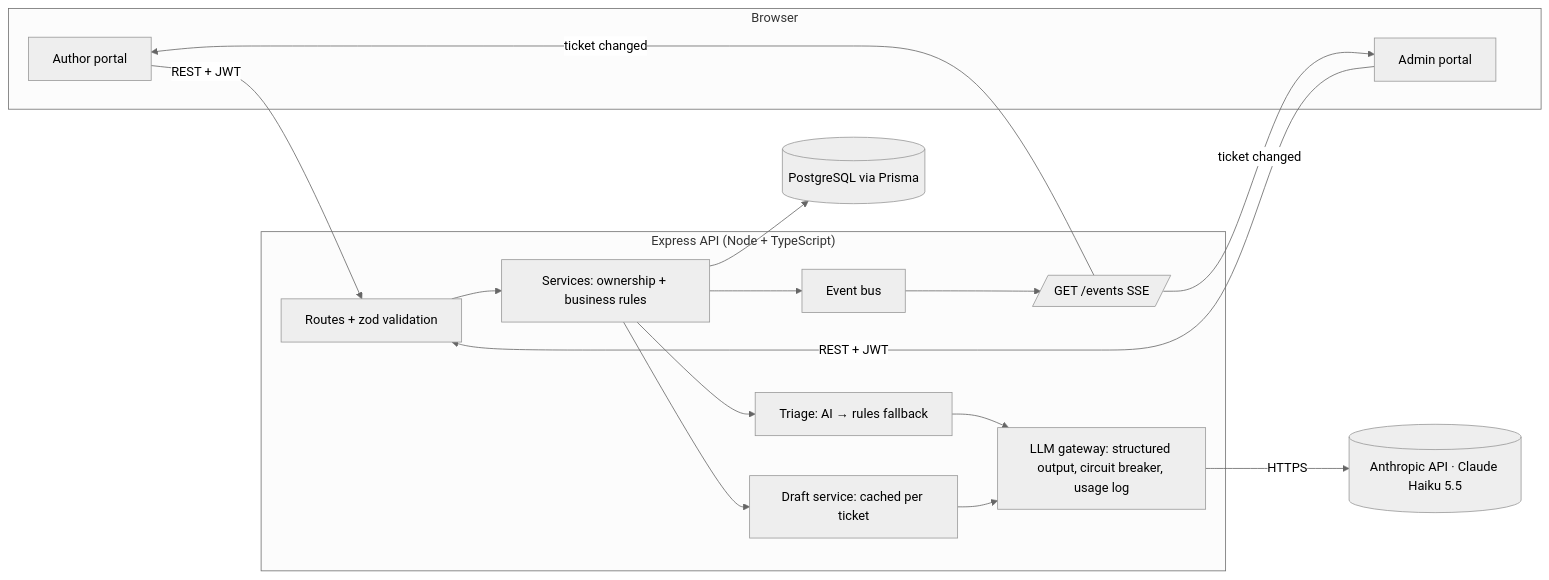
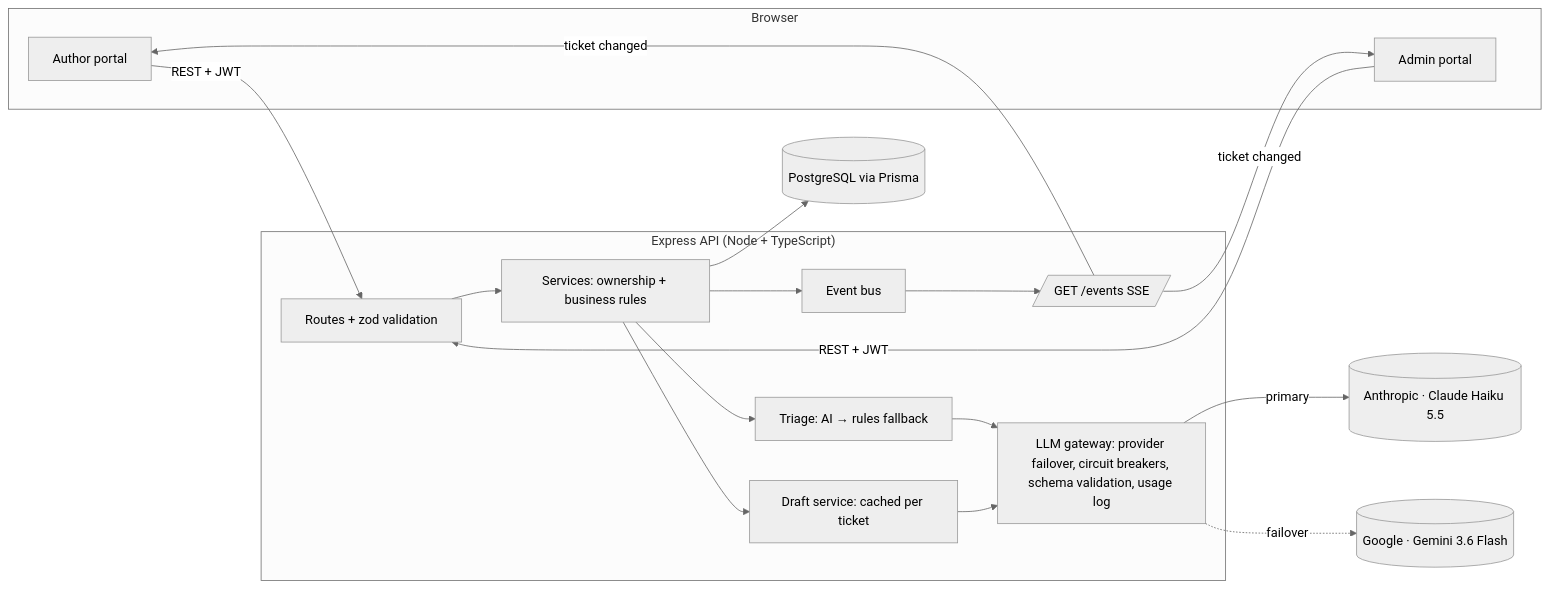
Before and after one commit to ambrishgoswami/Bookleaf: the diagram in README.md, drawn with Mermaid (neutral theme). The commit also changed other lines of this file and 16 other files, not shown here.

First line of the commit message:
feat(ai): multi-provider failover (Claude → Gemini) behind a provider interface

````diff
--- a/README.md
+++ b/README.md
@@ -43,17 +43,18 @@
 ```mermaid
 flowchart LR
   subgraph Browser
     A[Author portal] & B[Admin portal]
   end
   subgraph API["Express API (Node + TypeScript)"]
     R[Routes + zod validation] --> S[Services: ownership + business rules]
     S --> T[Triage: AI → rules fallback]
     S --> D[Draft service: cached per ticket]
-    T & D --> L[LLM gateway: structured output, circuit breaker, usage log]
+    T & D --> L[LLM gateway: provider failover, circuit breakers, schema validation, usage log]
     S --> E[Event bus] --> SSE[/GET /events SSE/]
   end
-  L -->|HTTPS| C[(Anthropic API · Claude Haiku 5.5)]
+  L -->|primary| C[(Anthropic · Claude Haiku 5.5)]
+  L -.->|failover| G[(Google · Gemini 3.6 Flash)]
   S --> P[(PostgreSQL via Prisma)]
   A & B -->|REST + JWT| R
   SSE -->|ticket changed| A & B
 ```
````
